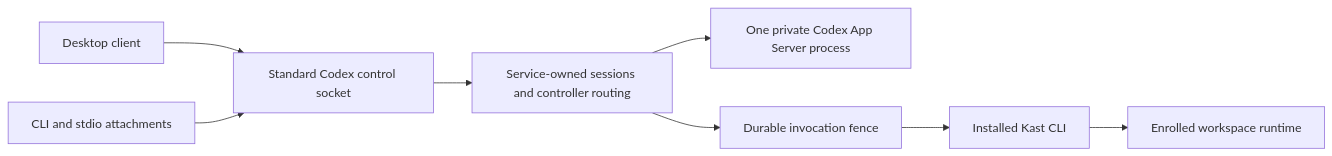
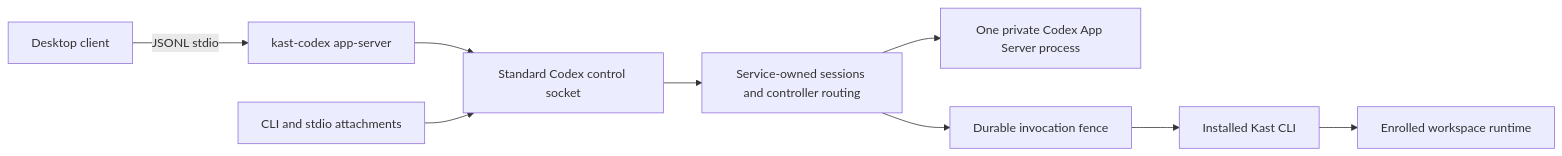
Before and after one commit to amichne/kast: the diagram in app-server/README.md, drawn with Mermaid. The commit also changed other lines of this file and 13 other files, not shown here.

Commit message:
feat(app-server): connect Codex Desktop through stdio

````diff
--- a/app-server/README.md
+++ b/app-server/README.md
@@ -54,10 +70,11 @@
 ```mermaid
 flowchart LR
-  Desktop[Desktop client] --> Public[Standard Codex control socket]
+  Desktop[Desktop client] -->|JSONL stdio| Facade[kast-codex app-server]
+  Facade --> Public[Standard Codex control socket]
   CLI[CLI and stdio attachments] --> Public
   Public --> Hub[Service-owned sessions and controller routing]
   Hub --> Upstream[One private Codex App Server process]
   Hub --> Fence[Durable invocation fence]
   Fence --> Kast[Installed Kast CLI]
   Kast --> Workspace[Enrolled workspace runtime]
 ```
````
